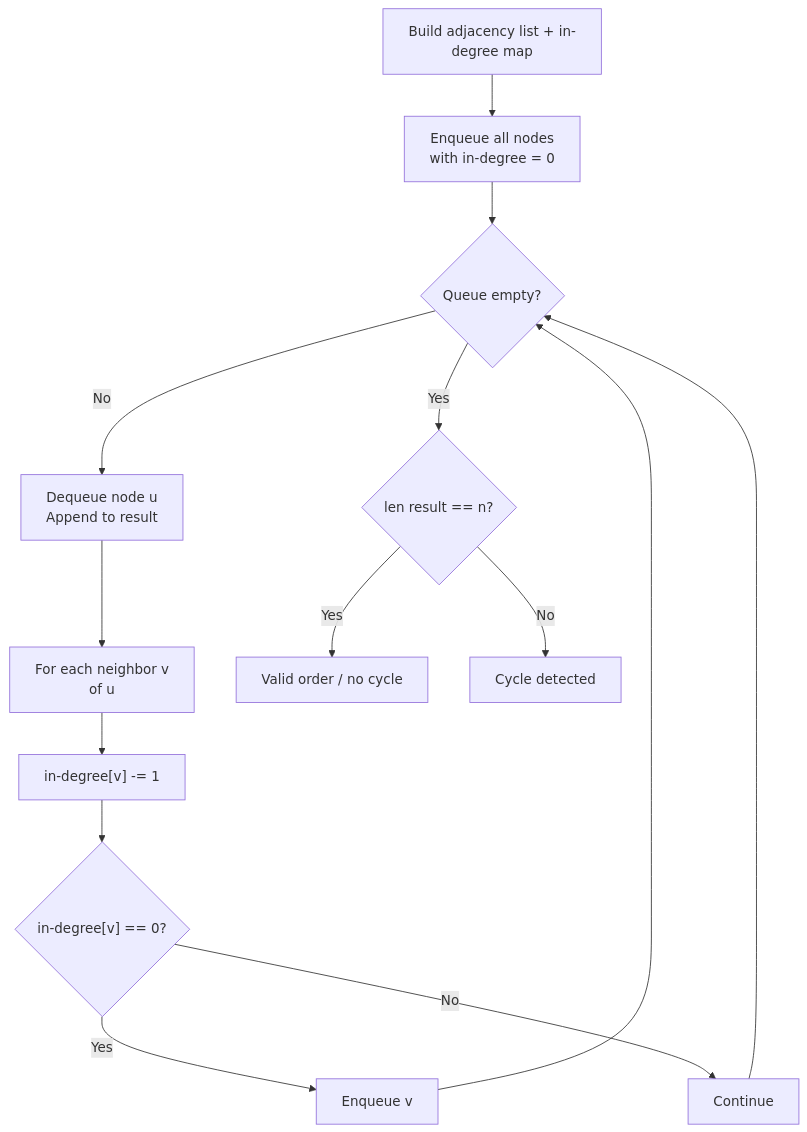
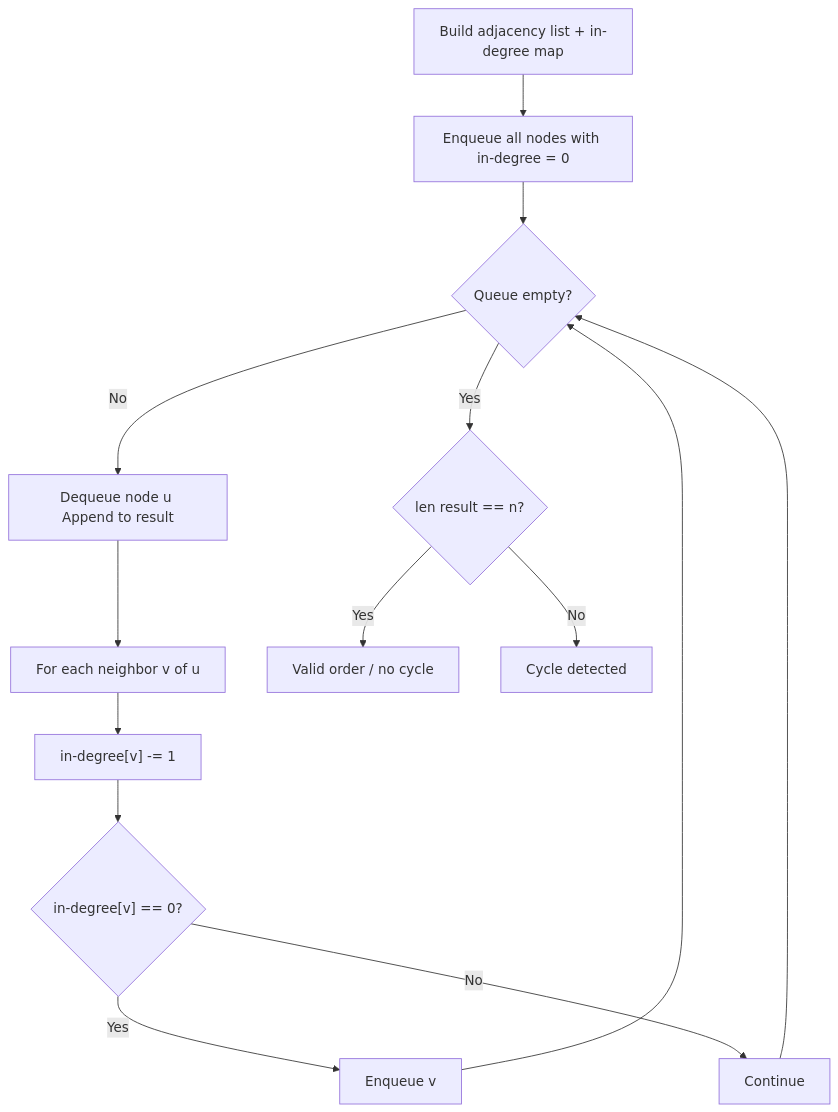
The fourth of 6 diagrams in graphs/README.md (deepanshu-rawat6/AlgoAtlas), drawn with Mermaid before and after one commit. The commit also changed other lines of this file and 13 other files, not shown here.

````diff
--- a/graphs/README.md
+++ b/graphs/README.md
@@ -122,16 +122,16 @@
 ```mermaid
 flowchart TD
-    A["Build adjacency list + in-degree map"] --> B[Enqueue all nodes<br>with in-degree = 0]
+    A["Build adjacency list + in-degree map"] --> B[Enqueue all nodes with in-degree = 0]
     B --> C{"Queue empty?"}
-    C -->|No| D[Dequeue node u<br>Append to result]
-    D --> E[For each neighbor v<br>of u]
+    C -->|No| D[Dequeue node u Append to result]
+    D --> E[For each neighbor v of u]
     E --> F["in-degree[v] -= 1"]
     F --> G{"in-degree[v] == 0?"}
     G -->|Yes| H[Enqueue v]
     G -->|No| I[Continue]
     H --> C
     I --> C
     C -->|Yes| J{"len result == n?"}
     J -->|Yes| K[Valid order / no cycle]
     J -->|No| L[Cycle detected]
 ```
````
